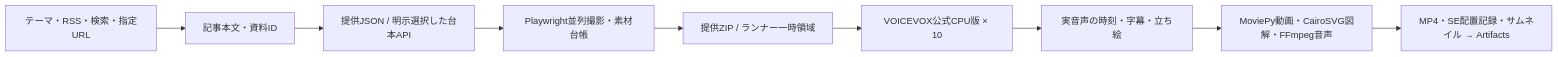
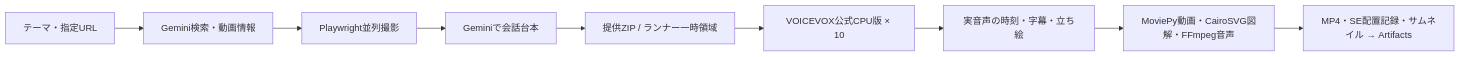
Before and after one commit to nyu1791-collab/voiceBox-Pipeline: the diagram in README.md, drawn with Mermaid. The commit also changed other lines of this file and 14 other files, not shown here.

````diff
--- a/README.md
+++ b/README.md
@@ -5,11 +5,11 @@
 ```mermaid
 flowchart LR
-  R[テーマ・RSS・検索・指定URL] --> S[記事本文・資料ID]
-  S --> T[提供JSON / 明示選択した台本API]
-  T --> U[Playwright並列撮影・素材台帳]
-  U --> A[提供ZIP / ランナー一時領域]
+  R[テーマ・指定URL] --> S[Gemini検索・動画情報]
+  S --> U[Playwright並列撮影]
+  U --> T[Geminiで会話台本]
+  T --> A[提供ZIP / ランナー一時領域]
   A --> B[VOICEVOX公式CPU版 × 10]
   B --> C[実音声の時刻・字幕・立ち絵]
   C --> D[MoviePy動画・CairoSVG図解・FFmpeg音声]
   D --> E[MP4・SE配置記録・サムネイル → Artifacts]
 ```
````
